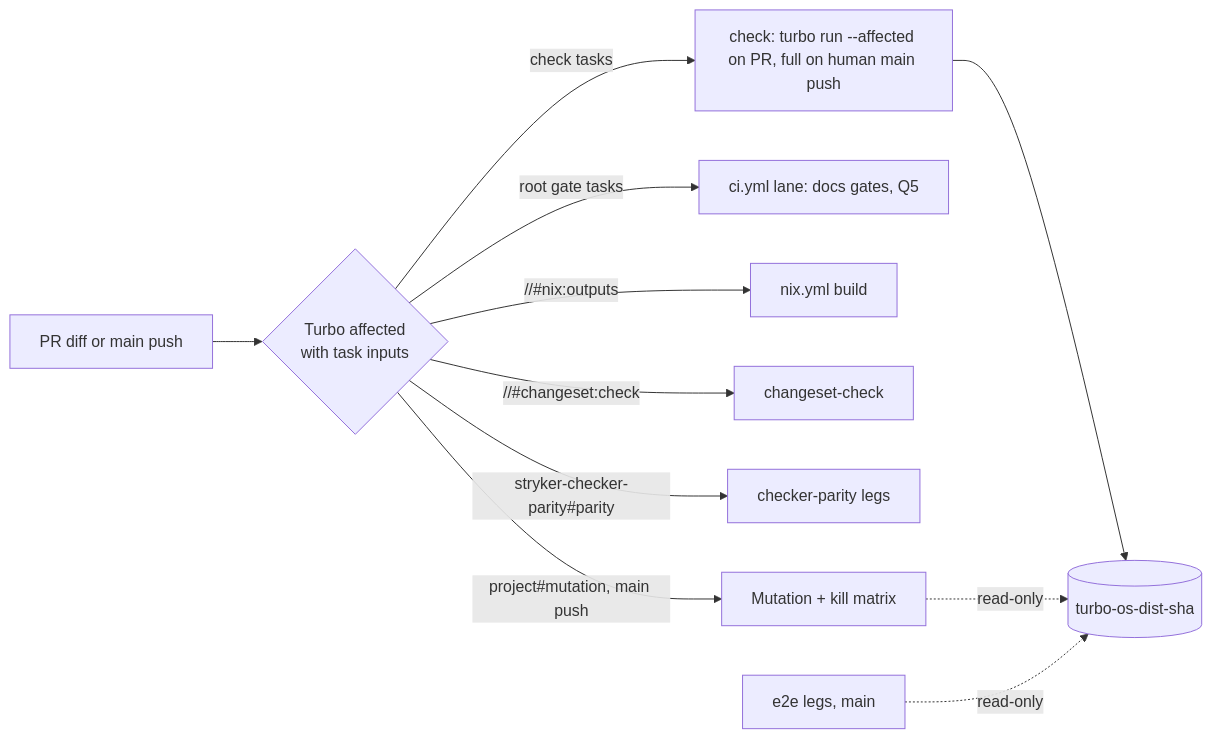
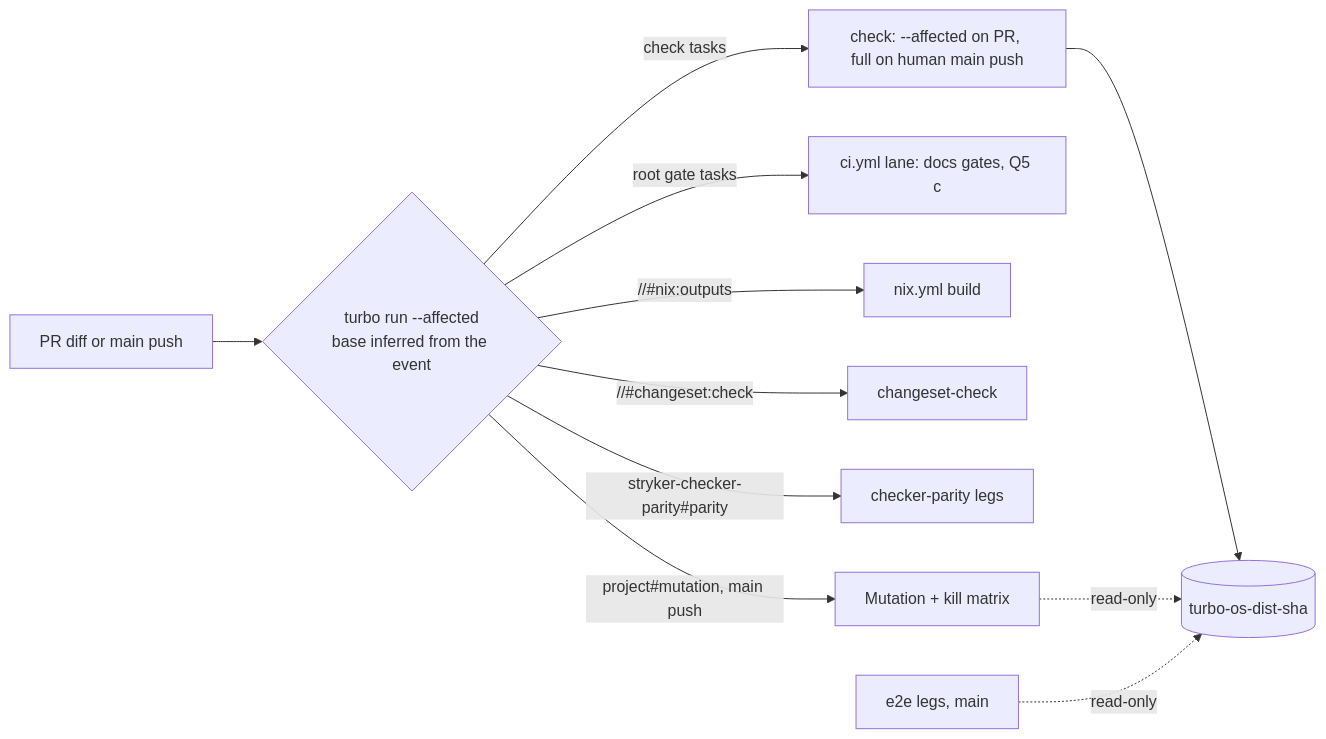
The diagram in docs/plans/2026-10-12-1932-refactor-turbo-native-caching-plan.md (systemfsoftware/stryker-js-effect), drawn with Mermaid before and after one commit. The commit also changed other lines of this file, not shown here.

First line of the commit message:
docs(plans): settle the Turbo-law plan on measured Turbo semantics and PR waves

````diff
--- a/docs/plans/2026-10-12-1932-refactor-turbo-native-caching-plan.md
+++ b/docs/plans/2026-10-12-1932-refactor-turbo-native-caching-plan.md
@@ -156,13 +181,13 @@
 ```mermaid
 flowchart LR
-  diff[PR diff or main push] --> q{Turbo affected\nwith task inputs}
-  q -->|check tasks| check[check: turbo run --affected on PR, full on human main push]
-  q -->|root gate tasks| lane[ci.yml lane: docs gates, Q5]
+  diff[PR diff or main push] --> q{turbo run --affected\nbase inferred from the event}
+  q -->|check tasks| check[check: --affected on PR, full on human main push]
+  q -->|root gate tasks| lane[ci.yml lane: docs gates, Q5 c]
   q -->|//#nix:outputs| nix[nix.yml build]
   q -->|//#changeset:check| cs[changeset-check]
   q -->|stryker-checker-parity#parity| parity[checker-parity legs]
   q -->|project#mutation, main push| mut[Mutation + kill matrix]
   check --> cache[(turbo-os-dist-sha)]
   mut -. read-only .-> cache
   e2e[e2e legs, main] -. read-only .-> cache
 ```
````
